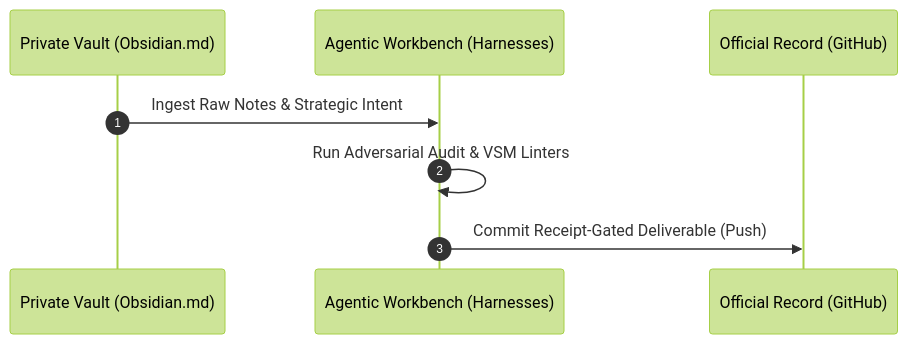
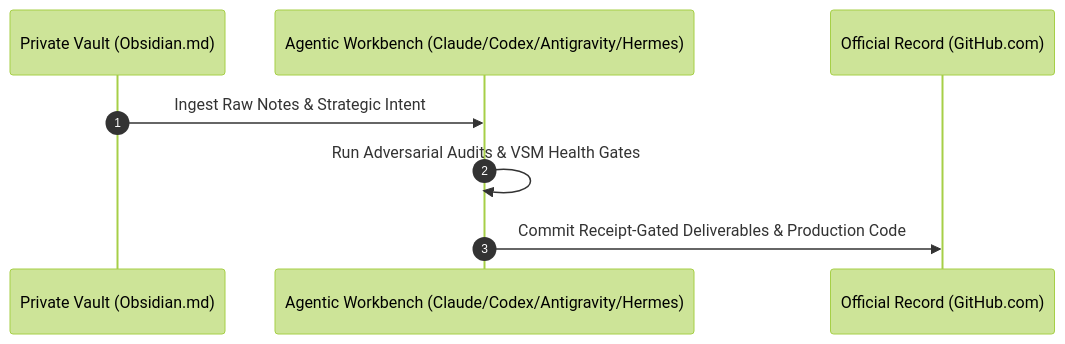
The diagram in README.md (HitsuyoAkuWeb3/HitsuyoAkuWeb3), drawn with Mermaid (forest theme) before and after one commit. The commit also changed other lines of this file, not shown here.

Commit message:
feat(gitmoney): integrate canonical GitMoney system thesis, bridge architecture, and source mappings

````diff
--- a/README.md
+++ b/README.md
@@ -77,11 +82,11 @@
 ```mermaid
 sequenceDiagram
     autonumber
     participant V as Private Vault (Obsidian.md)
-    participant W as Agentic Workbench (Harnesses)
-    participant G as Official Record (GitHub)
+    participant W as Agentic Workbench (Claude/Codex/Antigravity/Hermes)
+    participant G as Official Record (GitHub.com)
 
     V->>W: Ingest Raw Notes & Strategic Intent
-    W->>W: Run Adversarial Audit & VSM Linters
-    W->>G: Commit Receipt-Gated Deliverable (Push)
+    W->>W: Run Adversarial Audits & VSM Health Gates
+    W->>G: Commit Receipt-Gated Deliverables & Production Code
 ```
````
